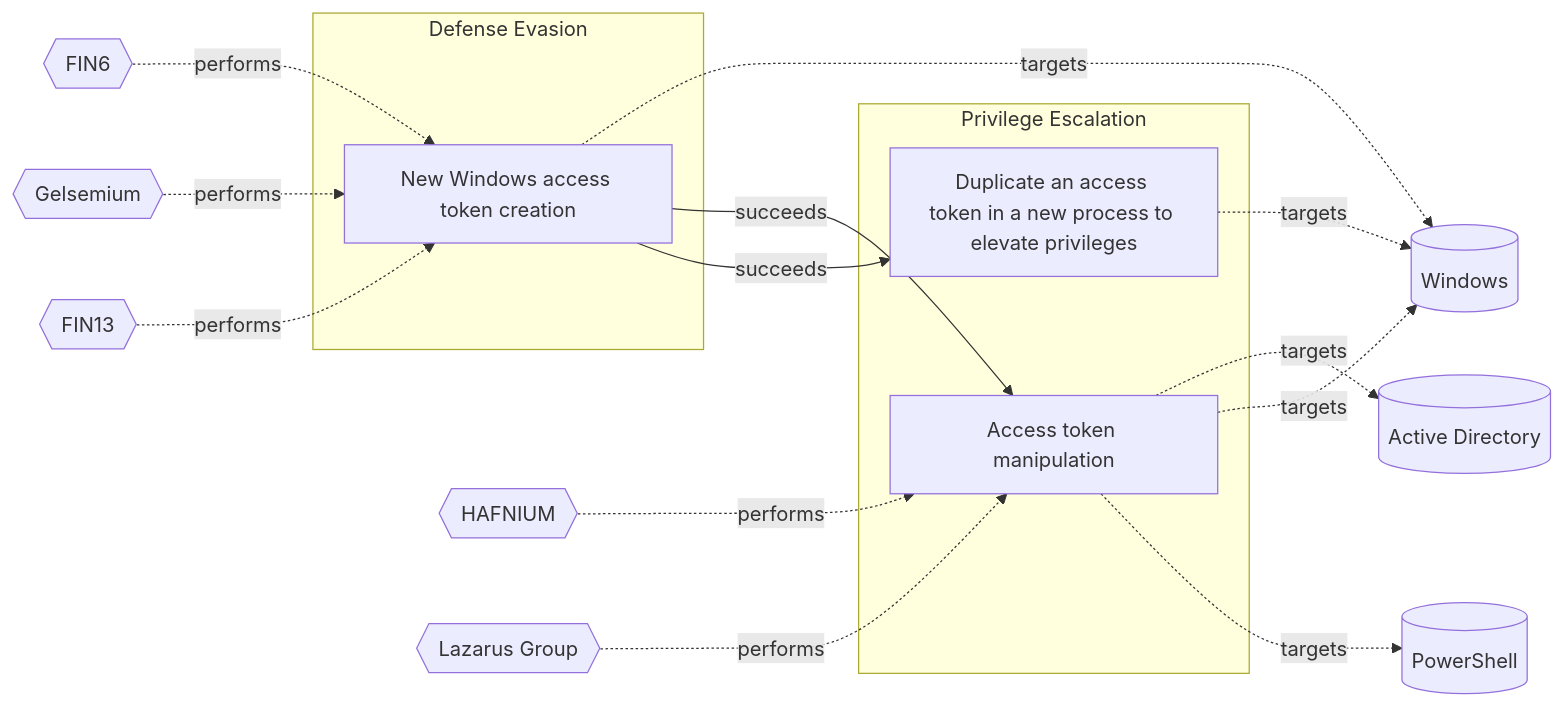
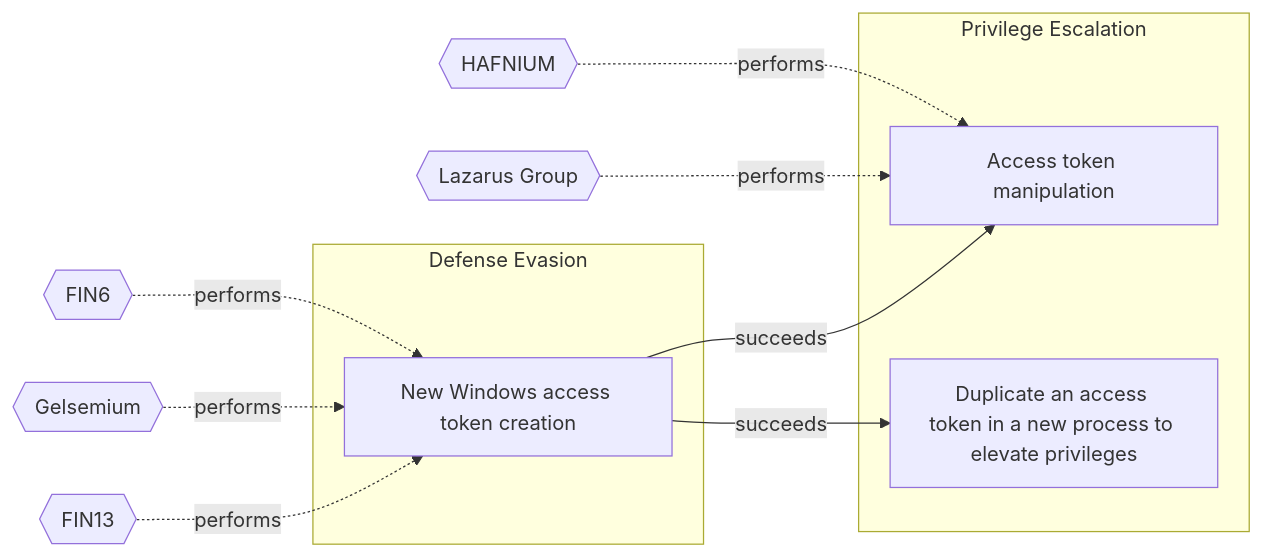
The diagram in Models/Threat Vectors/☣️ Access token manipulation.md (OpenTideHQ/WikiTide), drawn with Mermaid before and after one commit. The commit also changed other lines of this file and 232 other files, not shown here.

````diff
--- a/Models/Threat Vectors/☣️ Access token manipulation.md
+++ b/Models/Threat Vectors/☣️ Access token manipulation.md
@@ -104,40 +104,32 @@
 ```mermaid
 
 flowchart LR
 
 1962f0c7-2f2f-4b4c-bab0-733af8033595[New Windows access token creation]
 2404055a-10f8-4c50-9e9b-0f26756e7838[Access token manipulation]
 349348ca-66f5-41d2-8610-6bb61556d773[Duplicate an access token in a new process to elevate privileges]
 
 subgraph Defense Evasion
 1962f0c7-2f2f-4b4c-bab0-733af8033595
 end
 subgraph Privilege Escalation
 2404055a-10f8-4c50-9e9b-0f26756e7838
 349348ca-66f5-41d2-8610-6bb61556d773
 end
 
-Windows[(Windows)]
-ActiveDirectory[(Active Directory)]
-PowerShell[(PowerShell)]
 FIN6{{FIN6}}
 Gelsemium{{Gelsemium}}
 FIN13{{FIN13}}
 HAFNIUM{{HAFNIUM}}
 LazarusGroup{{Lazarus Group}}
 
-1962f0c7-2f2f-4b4c-bab0-733af8033595 -.->|targets| Windows
-2404055a-10f8-4c50-9e9b-0f26756e7838 -.->|targets| ActiveDirectory
-2404055a-10f8-4c50-9e9b-0f26756e7838 -.->|targets| Windows
-2404055a-10f8-4c50-9e9b-0f26756e7838 -.->|targets| PowerShell
-349348ca-66f5-41d2-8610-6bb61556d773 -.->|targets| Windows
 FIN6 -.-> |performs| 1962f0c7-2f2f-4b4c-bab0-733af8033595
 Gelsemium -.-> |performs| 1962f0c7-2f2f-4b4c-bab0-733af8033595
 FIN13 -.-> |performs| 1962f0c7-2f2f-4b4c-bab0-733af8033595
 HAFNIUM -.-> |performs| 2404055a-10f8-4c50-9e9b-0f26756e7838
 LazarusGroup -.-> |performs| 2404055a-10f8-4c50-9e9b-0f26756e7838
 
 1962f0c7-2f2f-4b4c-bab0-733af8033595 -->|succeeds| 2404055a-10f8-4c50-9e9b-0f26756e7838
 1962f0c7-2f2f-4b4c-bab0-733af8033595 -->|succeeds| 349348ca-66f5-41d2-8610-6bb61556d773
 
 ```
````
